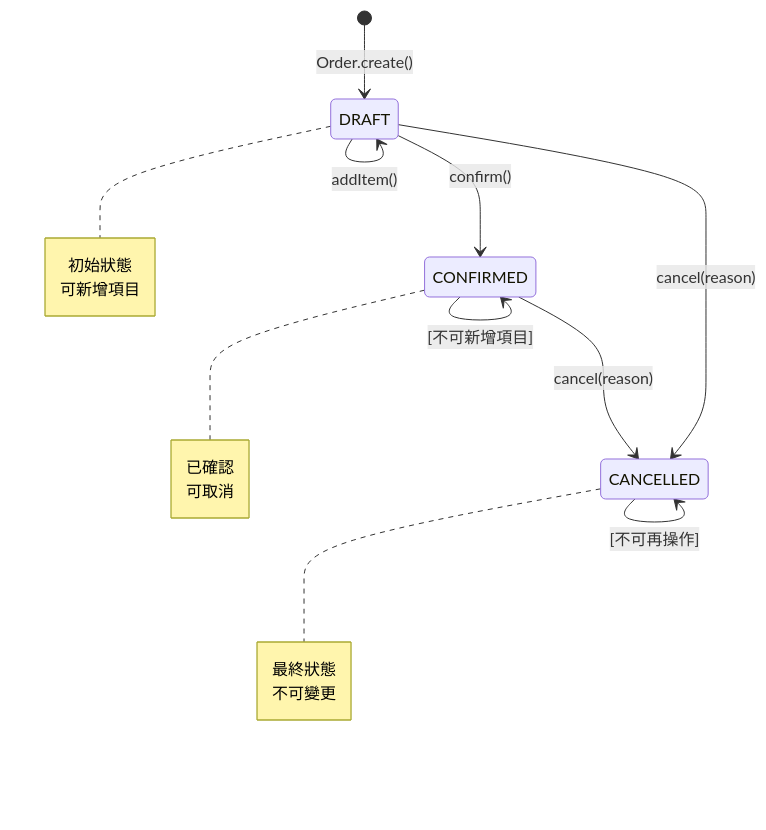
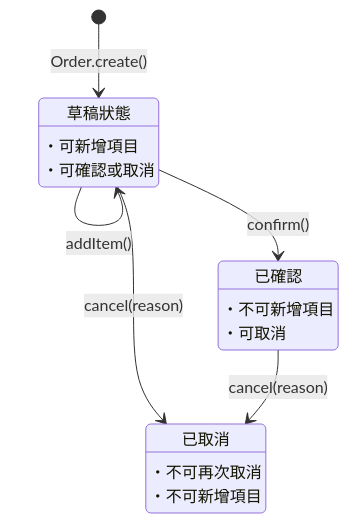
Before and after one commit to ChunPingWang/solid-hexagonal-cqrs-tutorial: the eighth of 14 diagrams in README.md, drawn with Mermaid. The commit also changed other lines of this file and 89 other files, not shown here.

````diff
--- a/README.md
+++ b/README.md
@@ -644,15 +404,20 @@
 ```mermaid
 stateDiagram-v2
-    [*] --> DRAFT : Order.create()
-    DRAFT --> DRAFT : addItem()
-    DRAFT --> CONFIRMED : confirm()
-    DRAFT --> CANCELLED : cancel(reason)
-    CONFIRMED --> CANCELLED : cancel(reason)
+    [*] --> DRAFT: Order.create()
+    DRAFT --> DRAFT: addItem()
+    DRAFT --> CONFIRMED: confirm()
+    DRAFT --> CANCELLED: cancel(reason)
+    CONFIRMED --> CANCELLED: cancel(reason)
 
-    CONFIRMED --> CONFIRMED : [不可新增項目]
-    CANCELLED --> CANCELLED : [不可再操作]
+    DRAFT: 草稿狀態
+    DRAFT: ・可新增項目
+    DRAFT: ・可確認或取消
 
-    note right of DRAFT : 初始狀態<br/>可新增項目
-    note right of CONFIRMED : 已確認<br/>可取消
-    note right of CANCELLED : 最終狀態<br/>不可變更
+    CONFIRMED: 已確認
+    CONFIRMED: ・不可新增項目
+    CONFIRMED: ・可取消
+
+    CANCELLED: 已取消
+    CANCELLED: ・不可再次取消
+    CANCELLED: ・不可新增項目
 ```
````
